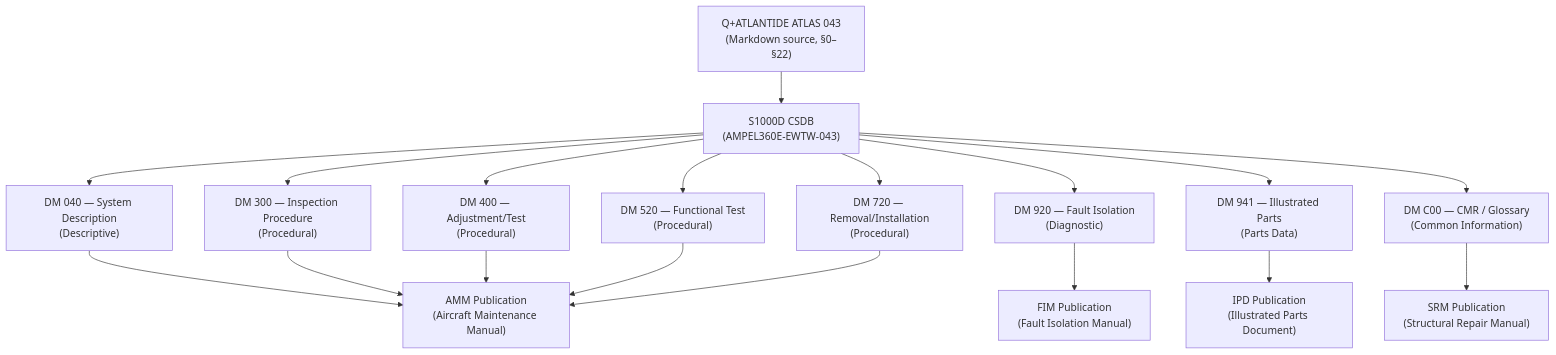
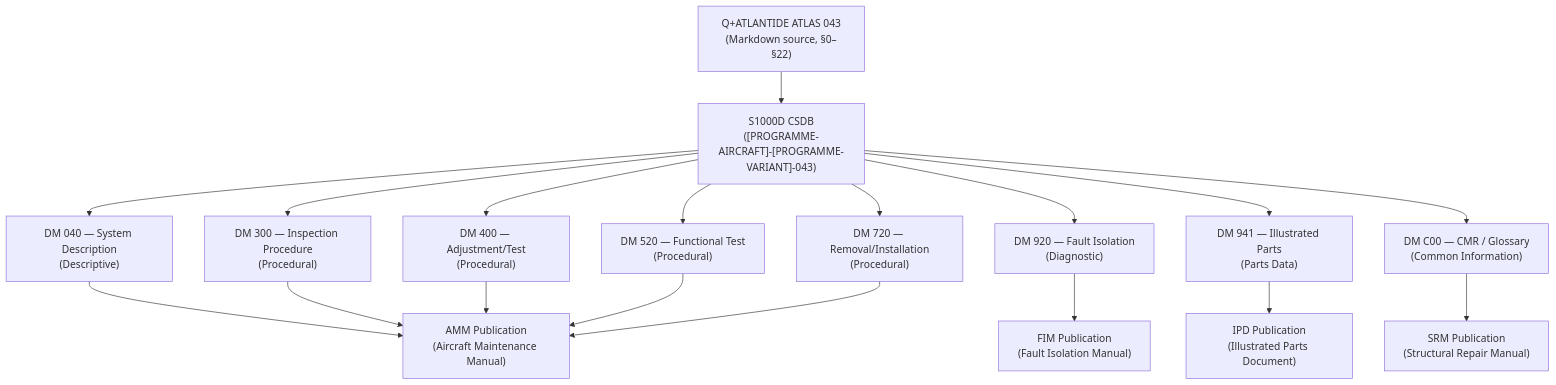
The first of 3 diagrams in Q+ATLANTIDE/000-099_ATLAS/040-049_Avionica-Informacion-y-APU/043_Emergency-Solar-Panel-System/043-090-S1000D-CSDB-Mapping-and-Traceability.md (AmedeoPelliccia/Qplus-For-All-Queer-People-and-Quantum), drawn with Mermaid before and after one commit. The commit also changed other lines of this file and 676 other files, not shown here.

First line of the commit message:
feat: de-programmatize all ATLAS standard files — remove AMPEL360E/eWTW programme content

````diff
--- a/Q+ATLANTIDE/000-099_ATLAS/040-049_Avionica-Informacion-y-APU/043_Emergency-Solar-Panel-System/043-090-S1000D-CSDB-Mapping-and-Traceability.md
+++ b/Q+ATLANTIDE/000-099_ATLAS/040-049_Avionica-Informacion-y-APU/043_Emergency-Solar-Panel-System/043-090-S1000D-CSDB-Mapping-and-Traceability.md
@@ -143,29 +145,29 @@
 ```mermaid
 graph TD
     QATL["Q+ATLANTIDE ATLAS 043\n(Markdown source, §0–§22)"]
-    CSDB["S1000D CSDB\n(AMPEL360E-EWTW-043)"]
+    CSDB["S1000D CSDB\n([PROGRAMME-AIRCRAFT]-[PROGRAMME-VARIANT]-043)"]
 
     DMDesc["DM 040 — System Description\n(Descriptive)"]
     DMInsp["DM 300 — Inspection Procedure\n(Procedural)"]
     DMAdjust["DM 400 — Adjustment/Test\n(Procedural)"]
     DMTest["DM 520 — Functional Test\n(Procedural)"]
     DMRemove["DM 720 — Removal/Installation\n(Procedural)"]
     DMFIM["DM 920 — Fault Isolation\n(Diagnostic)"]
     DMIPD["DM 941 — Illustrated Parts\n(Parts Data)"]
     DMCMR["DM C00 — CMR / Glossary\n(Common Information)"]
 
     Pub_AMM["AMM Publication\n(Aircraft Maintenance Manual)"]
     Pub_FIM["FIM Publication\n(Fault Isolation Manual)"]
     Pub_IPD["IPD Publication\n(Illustrated Parts Document)"]
     Pub_SRM["SRM Publication\n(Structural Repair Manual)"]
 
     QATL --> CSDB
     CSDB --> DMDesc --> Pub_AMM
     CSDB --> DMInsp --> Pub_AMM
     CSDB --> DMAdjust --> Pub_AMM
     CSDB --> DMTest --> Pub_AMM
     CSDB --> DMRemove --> Pub_AMM
     CSDB --> DMFIM --> Pub_FIM
     CSDB --> DMIPD --> Pub_IPD
     CSDB --> DMCMR --> Pub_SRM
 ```
````
